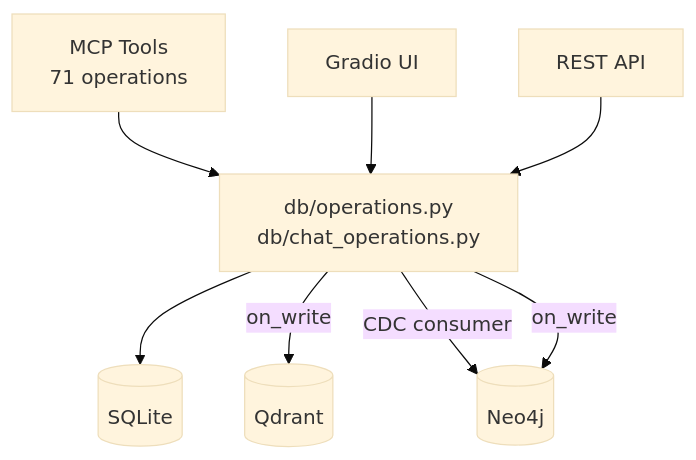
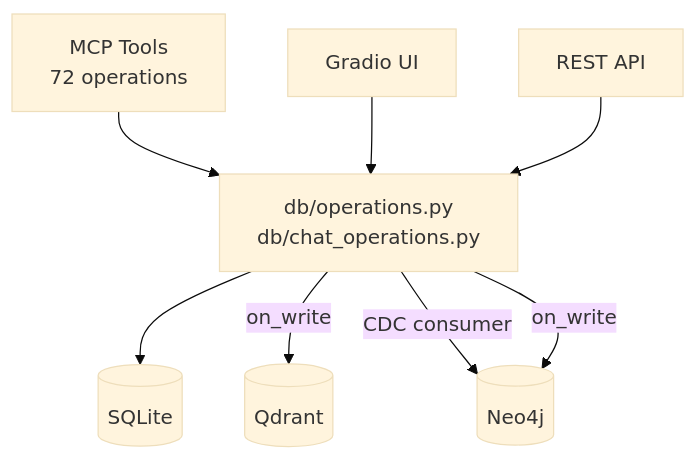
Before and after one commit to janat-llc/janatpmp: the second of 2 diagrams in README.md, drawn with Mermaid (base theme). The commit also changed other lines of this file and 11 other files, not shown here.

First line of the commit message:
R19+R20: Janus identity architecture + semantic graph topology

````diff
--- a/README.md
+++ b/README.md
@@ -42,10 +42,10 @@
 ```mermaid
 graph TB
-    MCP[MCP Tools<br/>71 operations] --> DB[db/operations.py<br/>db/chat_operations.py]
+    MCP[MCP Tools<br/>72 operations] --> DB[db/operations.py<br/>db/chat_operations.py]
     UI[Gradio UI] --> DB
     API[REST API] --> DB
     DB --> SQLite[(SQLite)]
     DB -->|on_write| Qdrant[(Qdrant)]
     DB -->|CDC consumer| Neo4j[(Neo4j)]
     DB -->|on_write| Neo4j
 ```
````
